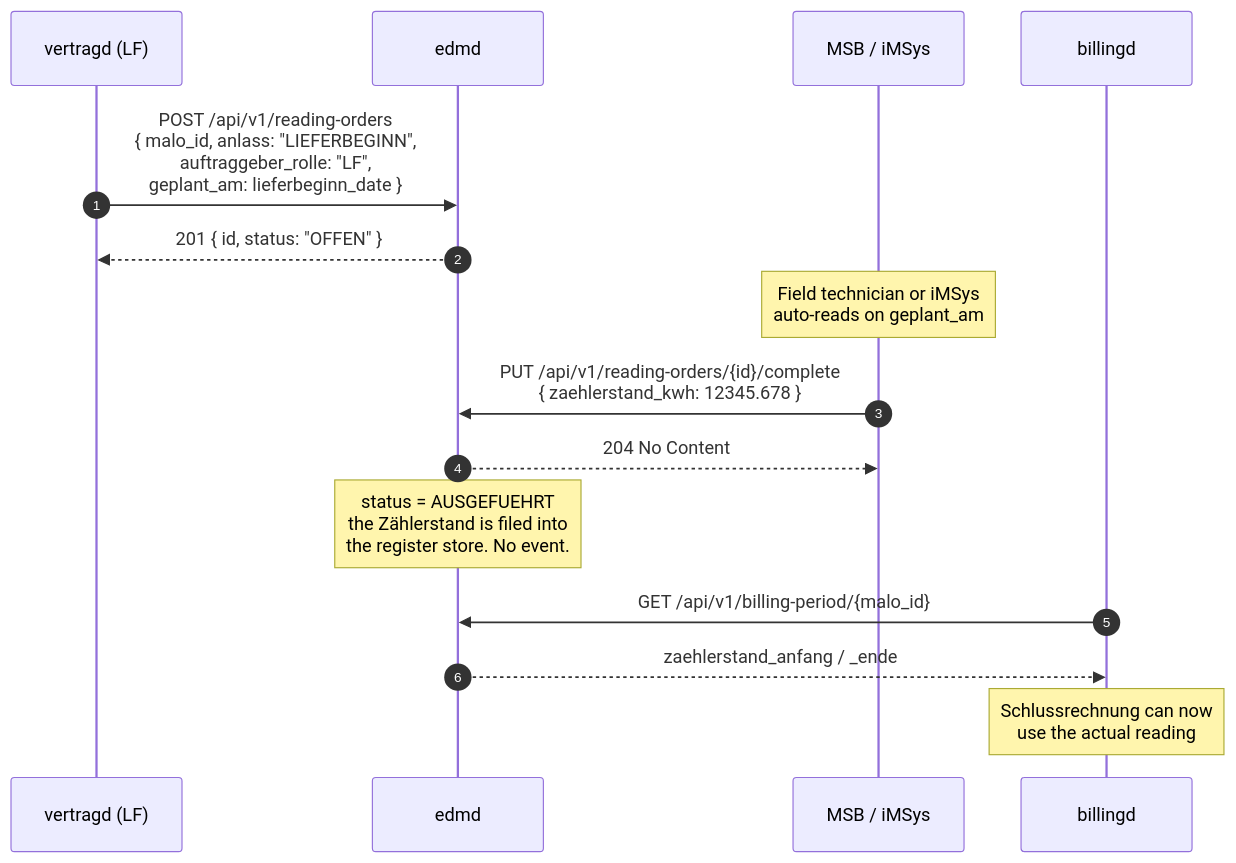
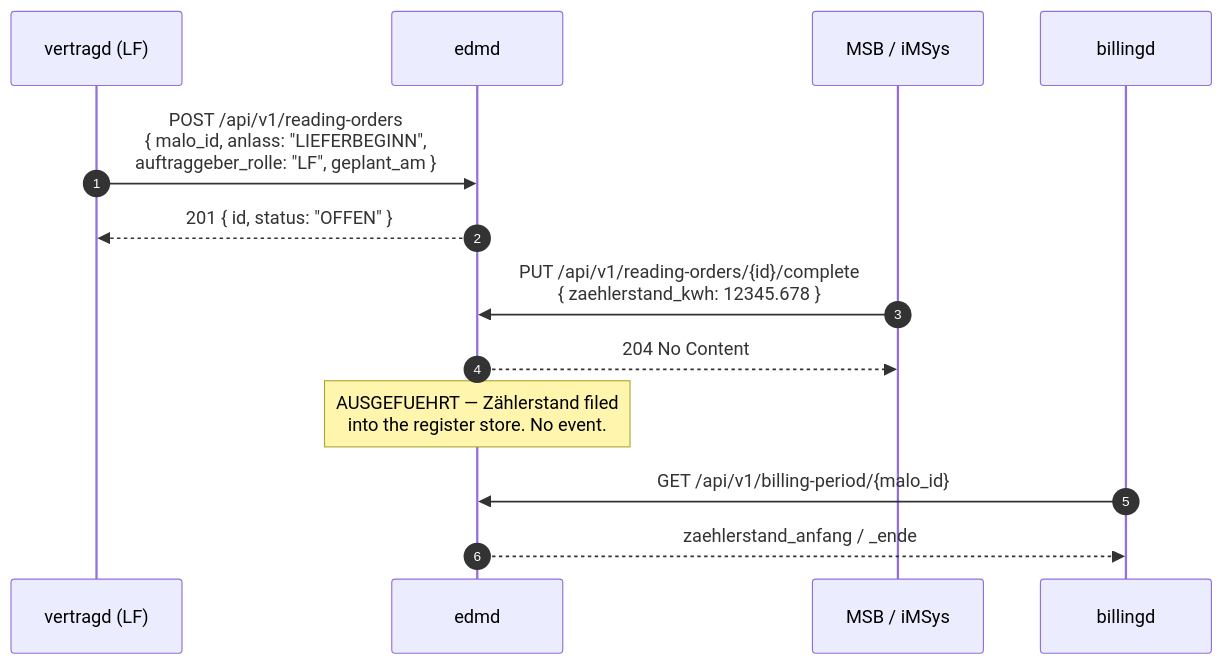
One commit to hupe1980/mako changed the second of 2 diagrams in site/content/docs/services/edmd.md. Above: the diagram before and after it, drawn with Mermaid. The commit also changed other lines of this file and 1091 other files, not shown here.

````diff
--- a/site/content/docs/services/edmd.md
+++ b/site/content/docs/services/edmd.md
@@ -2342,22 +1062,16 @@
 ```mermaid
 sequenceDiagram
     autonumber
     participant LF as vertragd (LF)
     participant edmd
     participant MSB as MSB / iMSys
     participant billingd
 
-    LF->>edmd: POST /api/v1/reading-orders<br/>{ malo_id, anlass: "LIEFERBEGINN",<br/>  auftraggeber_rolle: "LF",<br/>  geplant_am: lieferbeginn_date }
+    LF->>edmd: POST /api/v1/reading-orders<br/>{ malo_id, anlass: "LIEFERBEGINN",<br/>  auftraggeber_rolle: "LF", geplant_am }
     edmd-->>LF: 201 { id, status: "OFFEN" }
-
-    Note over MSB: Field technician or iMSys<br/>auto-reads on geplant_am
-
     MSB->>edmd: PUT /api/v1/reading-orders/{id}/complete<br/>{ zaehlerstand_kwh: 12345.678 }
     edmd-->>MSB: 204 No Content
-
-    Note over edmd: status = AUSGEFUEHRT<br/>the Zählerstand is filed into<br/>the register store. No event.
-
+    Note over edmd: AUSGEFUEHRT — Zählerstand filed<br/>into the register store. No event.
     billingd->>edmd: GET /api/v1/billing-period/{malo_id}
     edmd-->>billingd: zaehlerstand_anfang / _ende
-    Note over billingd: Schlussrechnung can now<br/>use the actual reading
 ```
````
